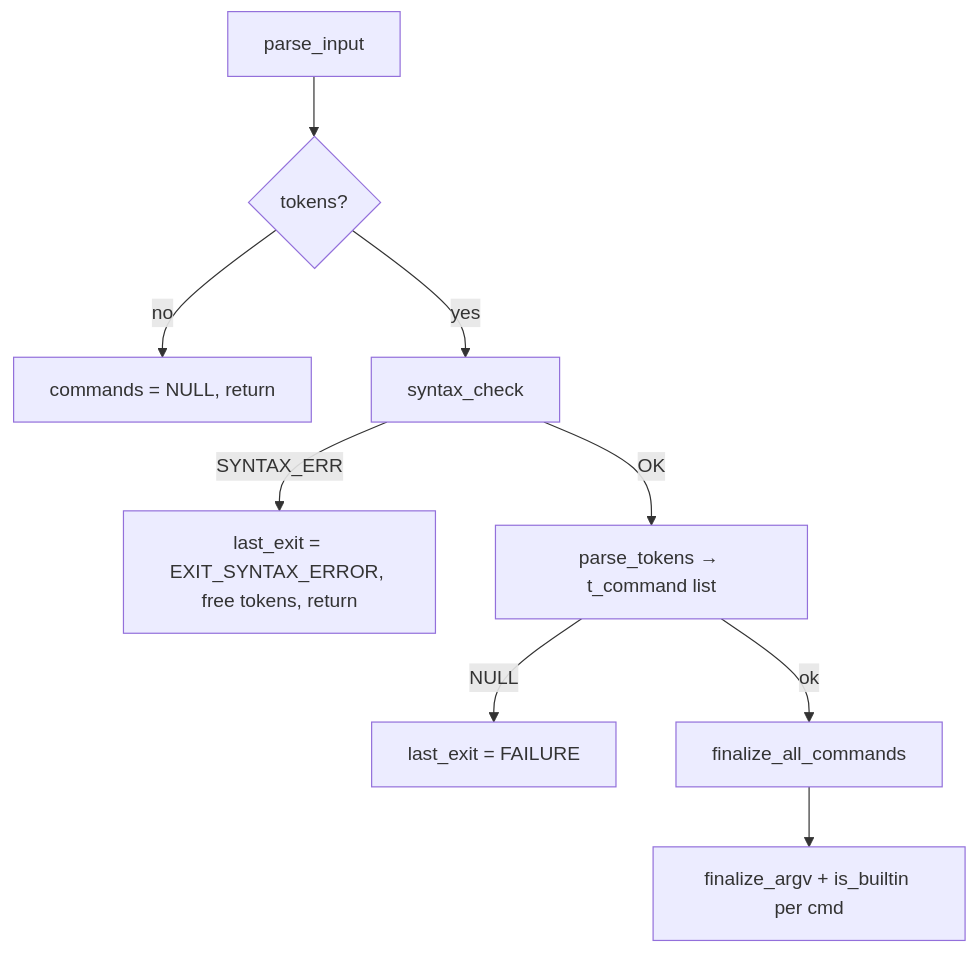
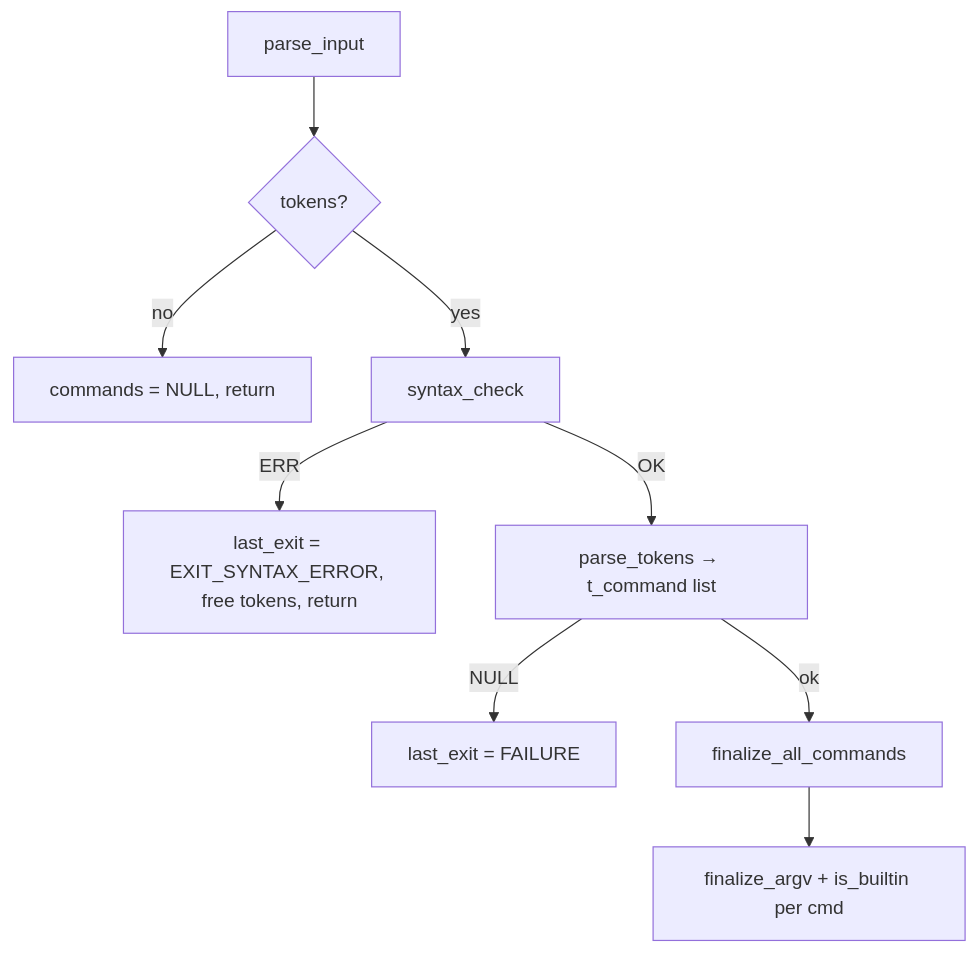
Before and after one commit to gkhavari/minishell: the eighth of 14 diagrams in docs/MINISHELL_ARCHITECTURE.md, drawn with Mermaid. The commit also changed other lines of this file and 34 other files, not shown here.

````diff
--- a/docs/MINISHELL_ARCHITECTURE.md
+++ b/docs/MINISHELL_ARCHITECTURE.md
@@ -625,11 +625,11 @@
 ```mermaid
 flowchart TD
     PI[parse_input] --> T0{tokens?}
     T0 -->|no| NULL[commands = NULL, return]
     T0 -->|yes| SY[syntax_check]
-    SY -->|SYNTAX_ERR| E2[last_exit = EXIT_SYNTAX_ERROR, free tokens, return]
+    SY -->|ERR| E2[last_exit = EXIT_SYNTAX_ERROR, free tokens, return]
     SY -->|OK| PT[parse_tokens → t_command list]
     PT -->|NULL| E1[last_exit = FAILURE]
     PT -->|ok| FIN[finalize_all_commands]
     FIN --> ARGV[finalize_argv + is_builtin per cmd]
 ```
````
